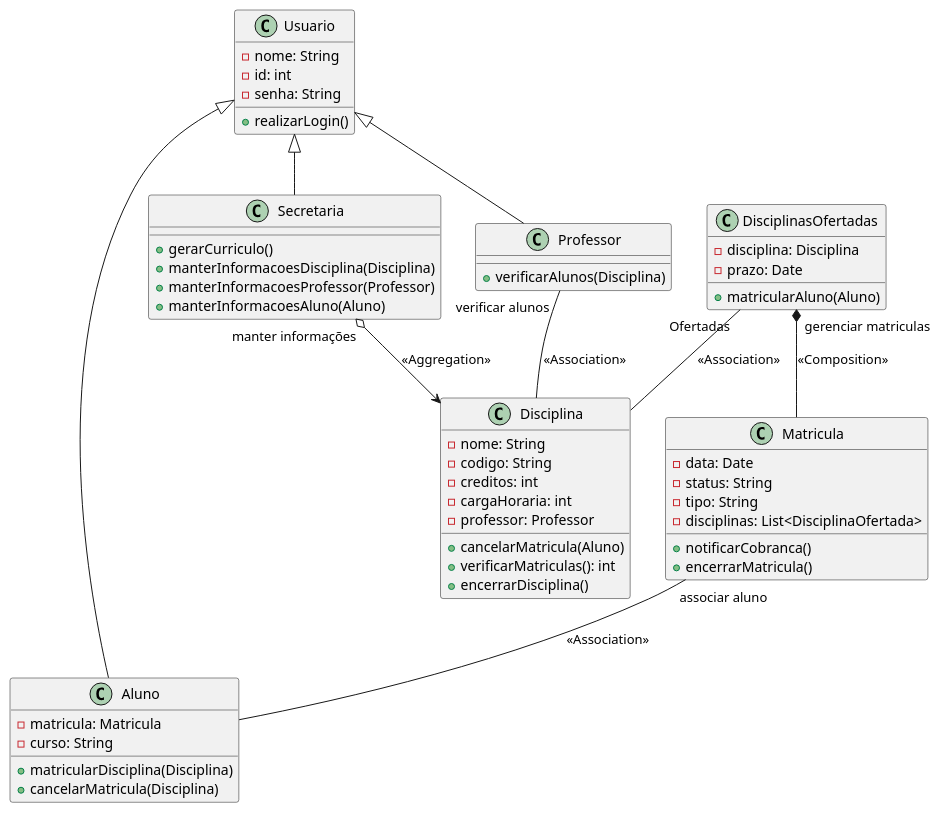
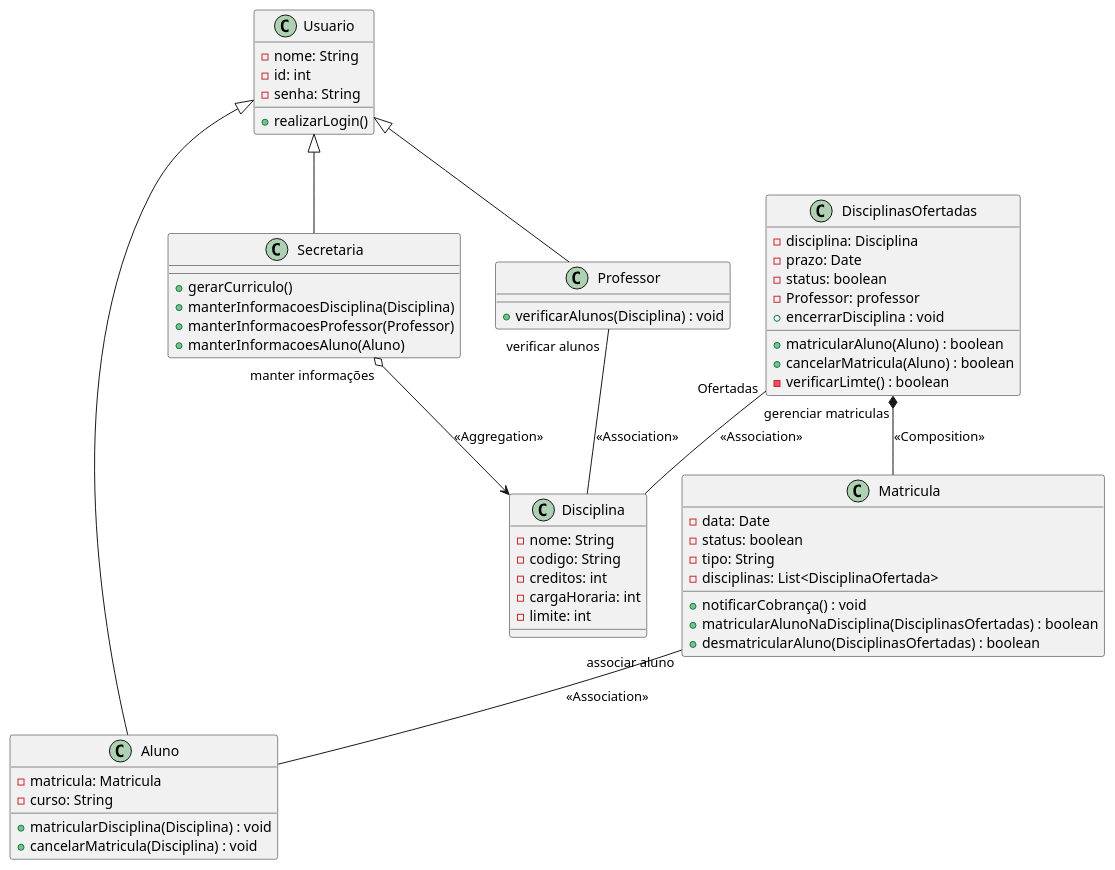
One commit to Gaburieru35/Lab01DevSoftware changed the diagram in projeto/class.PUML. Above: the diagram before and after it, drawn with PlantUML. The commit also changed 6 other files, not shown here.

Commit message:
Criação dos métodos e correção do diagrama

```diff
--- a/projeto/class.PUML
+++ b/projeto/class.PUML
@@ -1,62 +1,65 @@
 @startuml
 class Usuario {
   -nome: String
   -id: int
   -senha: String
   +realizarLogin()
 }
 
 class Secretaria extends Usuario {
   +gerarCurriculo()
   +manterInformacoesDisciplina(Disciplina)
   +manterInformacoesProfessor(Professor)
   +manterInformacoesAluno(Aluno)
 }
 
 class Aluno extends Usuario {
   -matricula: Matricula
   -curso: String
-  +matricularDisciplina(Disciplina)
-  +cancelarMatricula(Disciplina)
+  +matricularDisciplina(Disciplina) : void
+  +cancelarMatricula(Disciplina) : void
 }
 
 class Professor extends Usuario {
-  +verificarAlunos(Disciplina)
+  +verificarAlunos(Disciplina) : void
 }
 
 class Disciplina {
   -nome: String
   -codigo: String
   -creditos: int
   -cargaHoraria: int
-  -professor: Professor
-  +cancelarMatricula(Aluno)
-  +verificarMatriculas(): int
-  +encerrarDisciplina()
+  -limite: int
 }
 
 class DisciplinasOfertadas {
   -disciplina: Disciplina
   -prazo: Date
-  +matricularAluno(Aluno)
+  -status: boolean
+  -Professor: professor
+  +matricularAluno(Aluno) : boolean
+  +cancelarMatricula(Aluno) : boolean
+  +encerrarDisciplina : void
+  -verificarLimte() : boolean
 }
 
 class Matricula {
   -data: Date
-  -status: String
+  -status: boolean
   -tipo: String
   -disciplinas: List<DisciplinaOfertada>
-  +notificarCobranca()
-  +encerrarMatricula()
+  +notificarCobrança() : void
+  +matricularAlunoNaDisciplina(DisciplinasOfertadas) : boolean
+  +desmatricularAluno(DisciplinasOfertadas) : boolean
 }
 
 Secretaria o--> Disciplina : "manter informações" <<Aggregation>>
 
 Professor -- Disciplina : "verificar alunos" <<Association>>
 
 DisciplinasOfertadas *-- Matricula : "gerenciar matriculas" <<Composition>>
 
 DisciplinasOfertadas  -- Disciplina : "Ofertadas" <<Association>>
 
 Matricula -- Aluno : "associar aluno" <<Association>>
 @enduml
```
